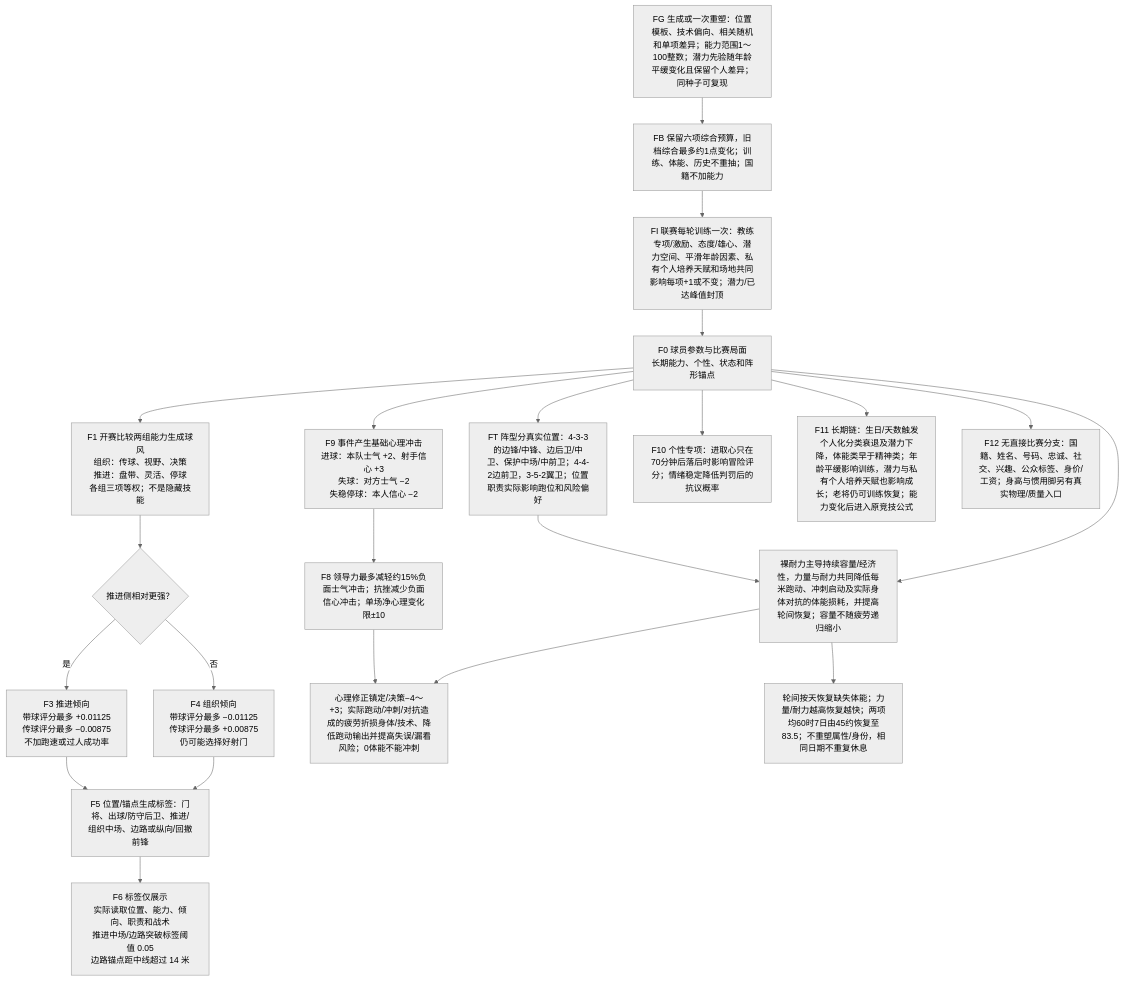
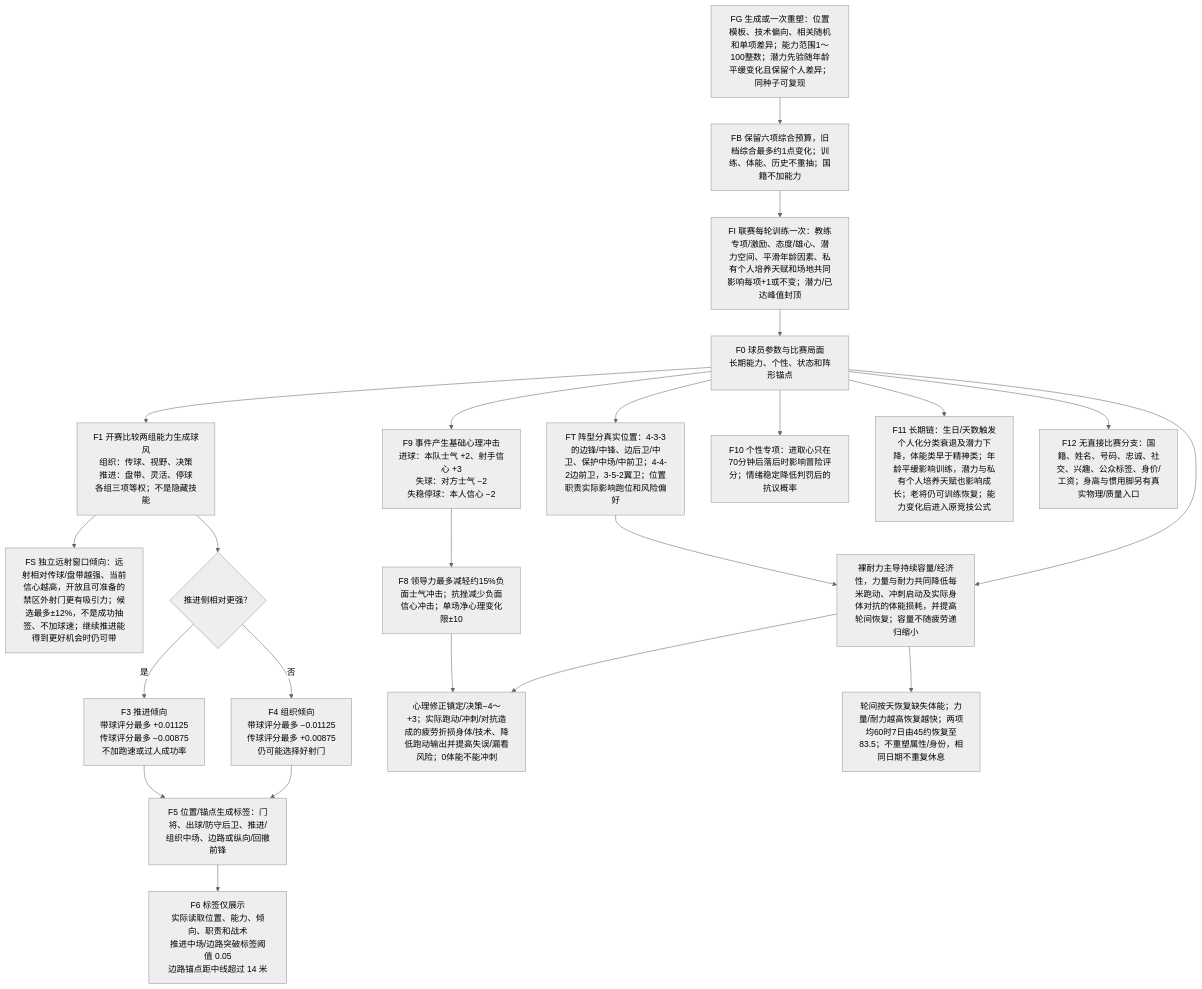
One commit to sixu3575/touchline-manager changed the sixth of 7 diagrams in packages/shared/modules/matches/design/PLAYER_DECISION_MAP.md. Above: the diagram before and after it, drawn with Mermaid (neutral theme). The commit also changed other lines of this file and 15 other files, not shown here.

````diff
--- a/packages/shared/modules/matches/design/PLAYER_DECISION_MAP.md
+++ b/packages/shared/modules/matches/design/PLAYER_DECISION_MAP.md
@@ -258,24 +260,25 @@
 ```mermaid
 flowchart TD
   FG["FG 生成或一次重塑：位置模板、技术偏向、相关随机和单项差异；能力范围1～100整数；潜力先验随年龄平缓变化且保留个人差异；同种子可复现"] --> FB["FB 保留六项综合预算，旧档综合最多约1点变化；训练、体能、历史不重抽；国籍不加能力"]
   FB --> FI["FI 联赛每轮训练一次：教练专项/激励、态度/雄心、潜力空间、平滑年龄因素、私有个人培养天赋和场地共同影响每项+1或不变；潜力/已达峰值封顶"]
   FI --> F0
   F0["F0 球员参数与比赛局面<br/>长期能力、个性、状态和阵形锚点"] --> F1["F1 开赛比较两组能力生成球风<br/>组织：传球、视野、决策<br/>推进：盘带、灵活、停球<br/>各组三项等权；不是隐藏技能"]
+  F1 --> FS["FS 独立远射窗口倾向：远射相对传球/盘带越强、当前信心越高，开放且可准备的禁区外射门更有吸引力；候选最多±12%，不是成功抽签、不加球速；继续推进能得到更好机会时仍可带"]
   F1 --> F2{"推进侧相对更强？"}
   F2 -->|是| F3["F3 推进倾向<br/>带球评分最多 +0.01125<br/>传球评分最多 −0.00875<br/>不加跑速或过人成功率"]
   F2 -->|否| F4["F4 组织倾向<br/>带球评分最多 −0.01125<br/>传球评分最多 +0.00875<br/>仍可能选择好射门"]
   F3 --> F5["F5 位置/锚点生成标签：门将、出球/防守后卫、推进/组织中场、边路或纵向/回撤前锋"]
   F4 --> F5
   F5 --> F6["F6 标签仅展示<br/>实际读取位置、能力、倾向、职责和战术<br/>推进中场/边路突破标签阈值 0.05<br/>边路锚点距中线超过 14 米"]
   F0 --> FT["FT 阵型分真实位置：4-3-3的边锋/中锋、边后卫/中卫、保护中场/中前卫；4-4-2边前卫，3-5-2翼卫；位置职责实际影响跑位和风险偏好"]
   FT --> FP["FP 战术决定配合职责与候选收益；能力决定能否及时到位、技术质量与个人选择；球风标签仍不提供额外能力"]
   F0 --> F9["F9 事件产生基础心理冲击<br/>进球：本队士气 +2、射手信心 +3<br/>失球：对方士气 −2<br/>失稳停球：本人信心 −2"]
   F9 --> F8["F8 领导力最多减轻约15%负面士气冲击；抗挫减少负面信心冲击；单场净心理变化限±10"]
   F8 --> F7["心理修正镇定/决策−4～+3；实际跑动/冲刺/对抗造成的疲劳折损身体/技术、降低跑动输出并提高失误/漏看风险；0体能不能冲刺"]
   F0 --> FP["裸耐力主导持续容量/经济性，力量与耐力共同降低每米跑动、冲刺启动及实际身体对抗的体能损耗，并提高轮间恢复；容量不随疲劳递归缩小"]
   FP --> F7
   FP --> FR["轮间按天恢复缺失体能；力量/耐力越高恢复越快；两项均60时7日由45约恢复至83.5；不重塑属性/身份，相同日期不重复休息"]
   F0 --> F10["F10 个性专项：进取心只在70分钟后落后时影响冒险评分；情绪稳定降低判罚后的抗议概率"]
   F0 --> F11["F11 长期链：生日/天数触发个人化分类衰退及潜力下降，体能类早于精神类；年龄平缓影响训练，潜力与私有个人培养天赋也影响成长；老将仍可训练恢复；能力变化后进入原竞技公式"]
   F0 --> F12["F12 无直接比赛分支：国籍、姓名、号码、忠诚、社交、兴趣、公众标签、身价/工资；身高与惯用脚另有真实物理/质量入口"]
 ```
````
